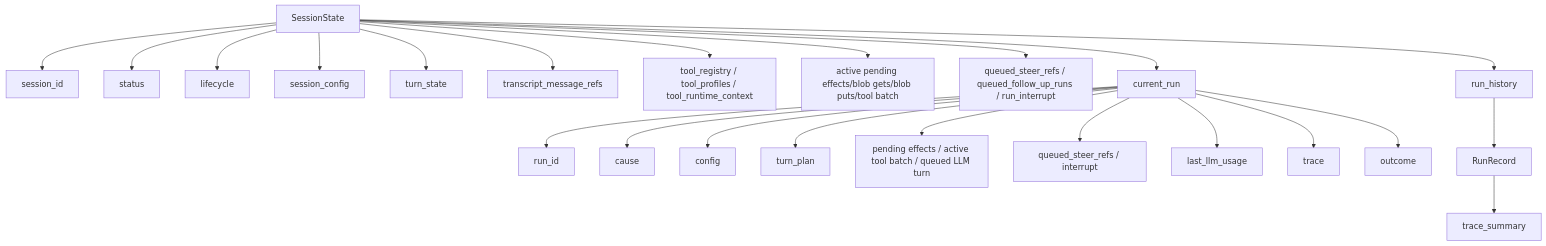
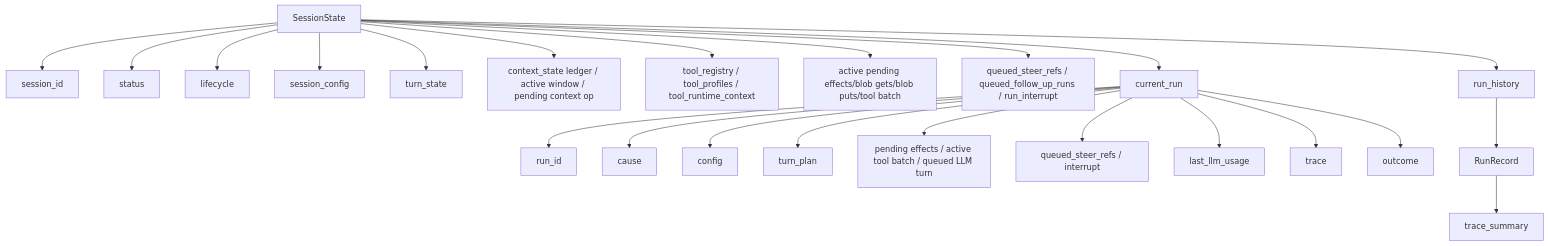
Before and after one commit to smartcomputer-ai/agent-os: the second of 22 diagrams in roadmap/v0.30-agent/visual-guide.md, drawn with Mermaid. The commit also changed other lines of this file and 32 other files, not shown here.

````diff
--- a/roadmap/v0.30-agent/visual-guide.md
+++ b/roadmap/v0.30-agent/visual-guide.md
@@ -88,27 +88,27 @@
 ```mermaid
 flowchart TD
   SessionState --> Identity[session_id]
   SessionState --> Status[status]
   SessionState --> Lifecycle[lifecycle]
   SessionState --> Config[session_config]
   SessionState --> TurnState[turn_state]
-  SessionState --> Transcript[transcript_message_refs]
+  SessionState --> ContextState[context_state ledger / active window / pending context op]
   SessionState --> Tools[tool_registry / tool_profiles / tool_runtime_context]
   SessionState --> Runtime[active pending effects/blob gets/blob puts/tool batch]
   SessionState --> Intervention[queued_steer_refs / queued_follow_up_runs / run_interrupt]
   SessionState --> CurrentRun[current_run]
   SessionState --> History[run_history]
 
   CurrentRun --> RunIdentity[run_id]
   CurrentRun --> RunCause[cause]
   CurrentRun --> RunConfig[config]
   CurrentRun --> TurnPlan[turn_plan]
   CurrentRun --> RunRuntime[pending effects / active tool batch / queued LLM turn]
   CurrentRun --> RunIntervention[queued_steer_refs / interrupt]
   CurrentRun --> Usage[last_llm_usage]
   CurrentRun --> Trace[trace]
   CurrentRun --> Outcome[outcome]
 
   History --> RunRecord[RunRecord]
   RunRecord --> TraceSummary[trace_summary]
 ```
````
